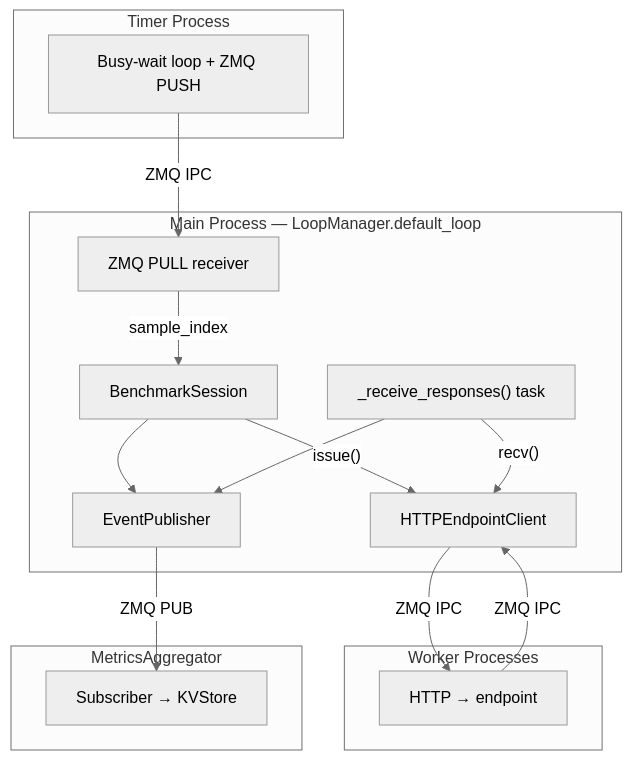
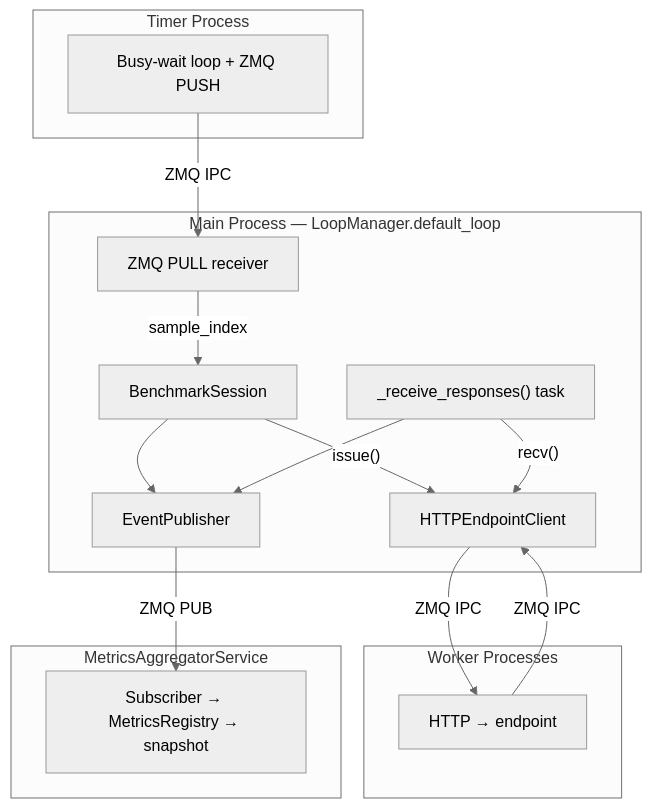
Before and after one commit to tianmu-li/endpoints: the fifth of 5 diagrams in docs/load_generator/DESIGN.md, drawn with Mermaid (neutral theme). The commit also changed other lines of this file and 14 other files, not shown here.

````diff
--- a/docs/load_generator/DESIGN.md
+++ b/docs/load_generator/DESIGN.md
@@ -665,32 +721,32 @@
 ```mermaid
 graph TD
     subgraph "Timer Process"
         T["Busy-wait loop + ZMQ PUSH"]
     end
 
     subgraph "Main Process — LoopManager.default_loop"
         R["ZMQ PULL receiver"]
         A["BenchmarkSession"]
         C["_receive_responses() task"]
         D["EventPublisher"]
         E["HTTPEndpointClient"]
 
         R -->|"sample_index"| A
         A -->|"issue()"| E
         C -->|"recv()"| E
         A --> D
         C --> D
     end
 
     subgraph "Worker Processes"
         W["HTTP → endpoint"]
     end
-    subgraph "MetricsAggregator"
-        MA["Subscriber → KVStore"]
+    subgraph "MetricsAggregatorService"
+        MA["Subscriber → MetricsRegistry → snapshot"]
     end
 
     T -->|"ZMQ IPC"| R
     E -->|"ZMQ IPC"| W
     W -->|"ZMQ IPC"| E
     D -->|"ZMQ PUB"| MA
 ```
````
